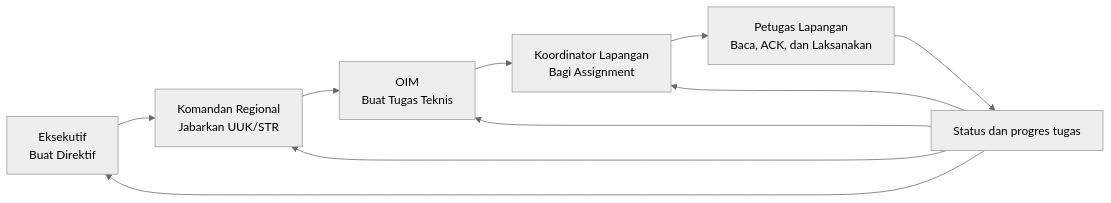
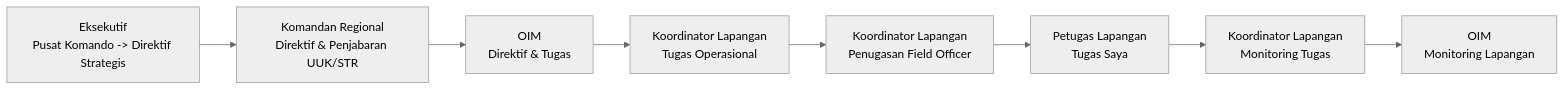
One commit to ATIOSLab/Dens-Cakra changed the eighth of 11 diagrams in docs/laporan-dokumentasi-menu-dan-alur-pemeriksaan-sistem.md. Above: the diagram before and after it, drawn with Mermaid (neutral theme). The commit also changed other lines of this file and 6 other files, not shown here.

````diff
--- a/docs/laporan-dokumentasi-menu-dan-alur-pemeriksaan-sistem.md
+++ b/docs/laporan-dokumentasi-menu-dan-alur-pemeriksaan-sistem.md
@@ -274,12 +289,10 @@
 ```mermaid
 flowchart LR
-    EX["Eksekutif\nBuat Direktif"] --> RC["Komandan Regional\nJabarkan UUK/STR"]
-    RC --> OIM["OIM\nBuat Tugas Teknis"]
-    OIM --> FC["Koordinator Lapangan\nBagi Assignment"]
-    FC --> FO["Petugas Lapangan\nBaca, ACK, dan Laksanakan"]
-    FO --> MON["Status dan progres tugas"]
-    MON --> FC
-    MON --> OIM
-    MON --> RC
-    MON --> EX
+    EX["Eksekutif<br/>Pusat Komando -> Direktif Strategis"] --> RC["Komandan Regional<br/>Direktif & Penjabaran UUK/STR"]
+    RC --> OIM["OIM<br/>Direktif & Tugas"]
+    OIM --> FC1["Koordinator Lapangan<br/>Tugas Operasional"]
+    FC1 --> FC2["Koordinator Lapangan<br/>Penugasan Field Officer"]
+    FC2 --> FO["Petugas Lapangan<br/>Tugas Saya"]
+    FO --> FCM["Koordinator Lapangan<br/>Monitoring Tugas"]
+    FCM --> OIMM["OIM<br/>Monitoring Lapangan"]
 ```
````
